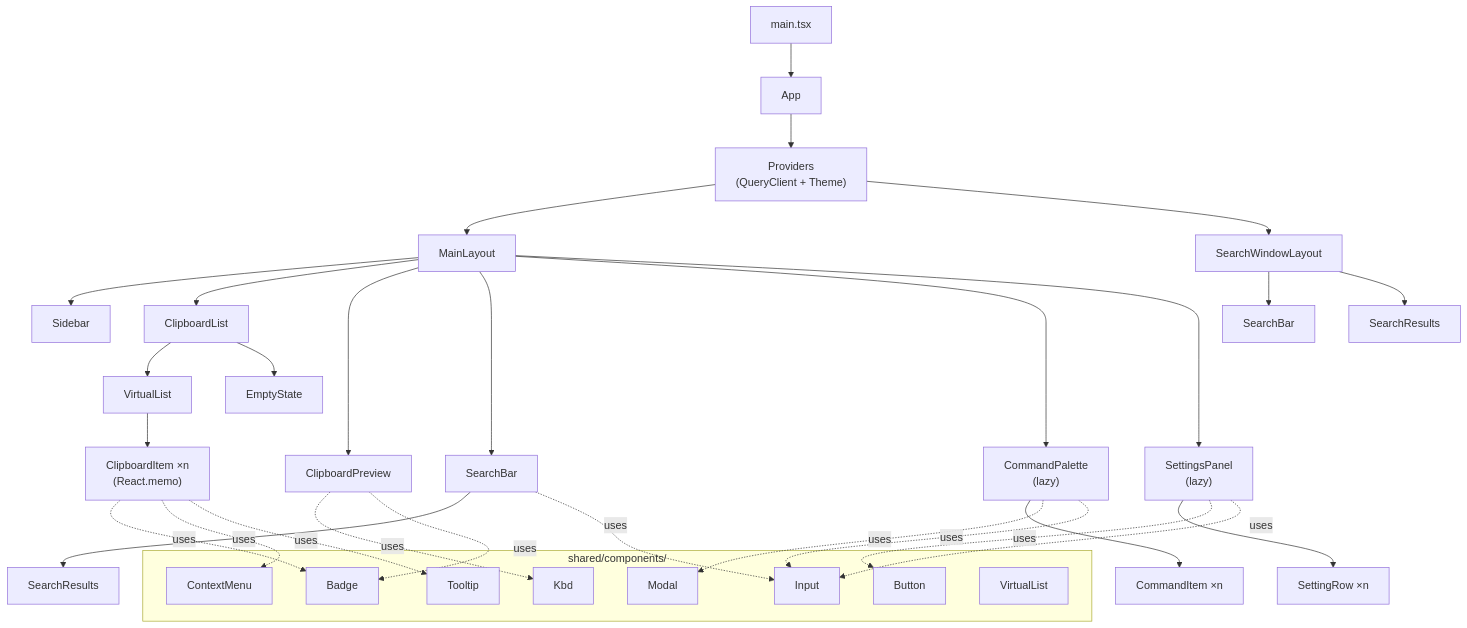
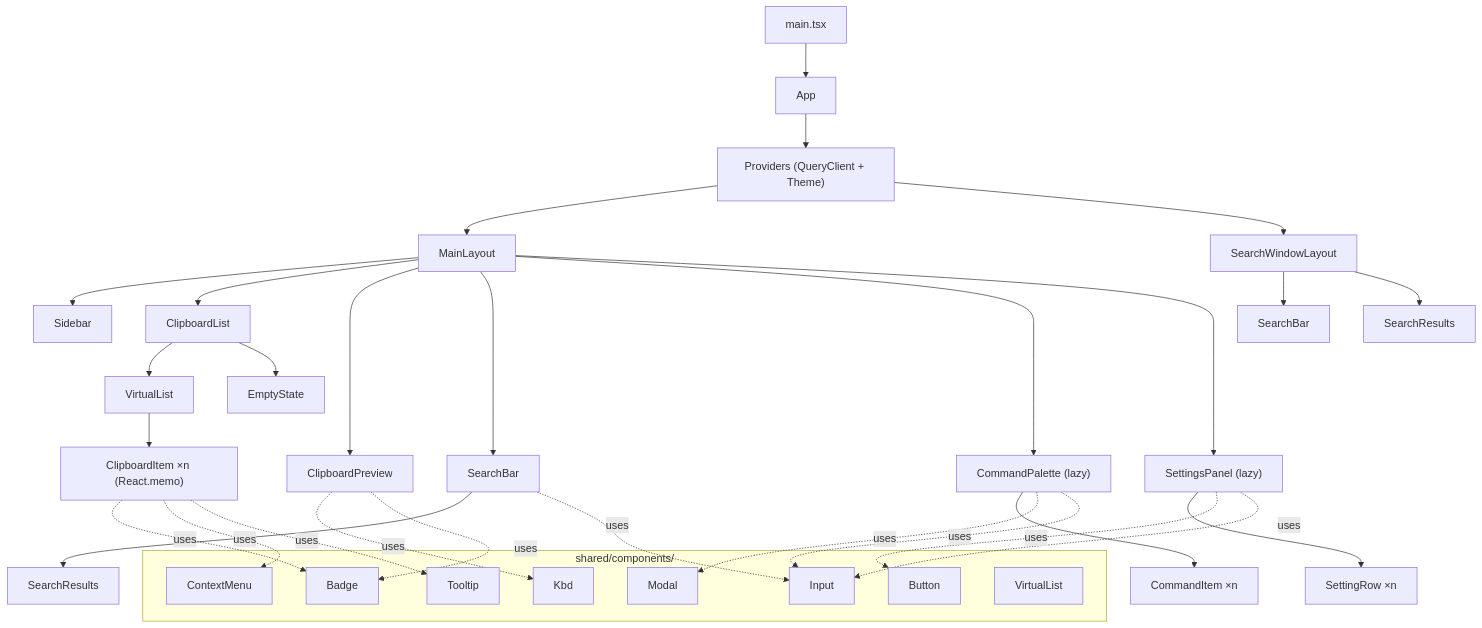
The first of 2 diagrams in docs/architecture/04_COMPONENT_TREE.md (sanromarth/ornas), drawn with Mermaid before and after one commit. The commit also changed other lines of this file and 253 other files, not shown here.

````diff
--- a/docs/architecture/04_COMPONENT_TREE.md
+++ b/docs/architecture/04_COMPONENT_TREE.md
@@ -9,49 +9,49 @@
 ```mermaid
 graph TD
     MAIN["main.tsx"] --> APP["App"]
-    APP --> PROV["Providers<br/>(QueryClient + Theme)"]
+    APP --> PROV["Providers (QueryClient + Theme)"]
     PROV --> ML["MainLayout"]
     PROV --> SWL["SearchWindowLayout"]
 
     ML --> SB["Sidebar"]
     ML --> CL["ClipboardList"]
     ML --> CP["ClipboardPreview"]
 
     CL --> VL["VirtualList"]
-    VL --> CI["ClipboardItem ×n<br/>(React.memo)"]
+    VL --> CI["ClipboardItem ×n (React.memo)"]
     CL --> ES["EmptyState"]
 
     ML --> SEARCH["SearchBar"]
     SEARCH --> SR["SearchResults"]
 
-    ML --> CMD["CommandPalette<br/>(lazy)"]
+    ML --> CMD["CommandPalette (lazy)"]
     CMD --> CMI["CommandItem ×n"]
 
-    ML --> SET["SettingsPanel<br/>(lazy)"]
+    ML --> SET["SettingsPanel (lazy)"]
     SET --> SETR["SettingRow ×n"]
 
     SWL --> SWSB["SearchBar"]
     SWL --> SWSR["SearchResults"]
 
     subgraph Shared["shared/components/"]
         BTN["Button"]
         INP["Input"]
         MOD["Modal"]
         BDG["Badge"]
         TT["Tooltip"]
         CTX["ContextMenu"]
         KBD["Kbd"]
         VL2["VirtualList"]
     end
 
     CI -.->|uses| BDG
     CI -.->|uses| CTX
     CI -.->|uses| TT
     SEARCH -.->|uses| INP
     CMD -.->|uses| MOD
     CMD -.->|uses| INP
     SET -.->|uses| BTN
     SET -.->|uses| INP
     CP -.->|uses| KBD
     CP -.->|uses| BDG
 ```
````
